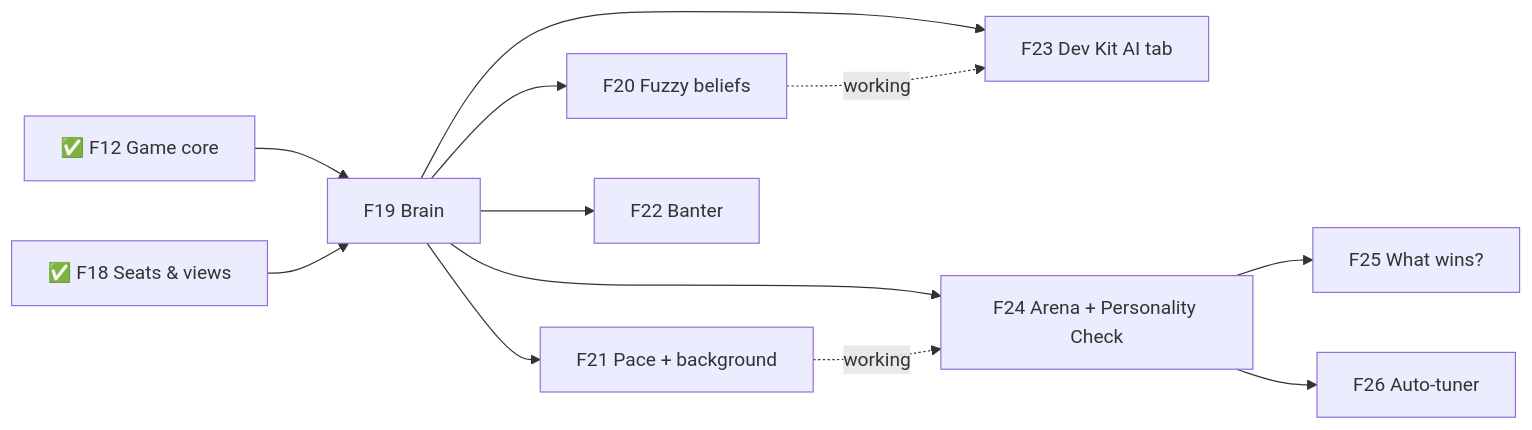
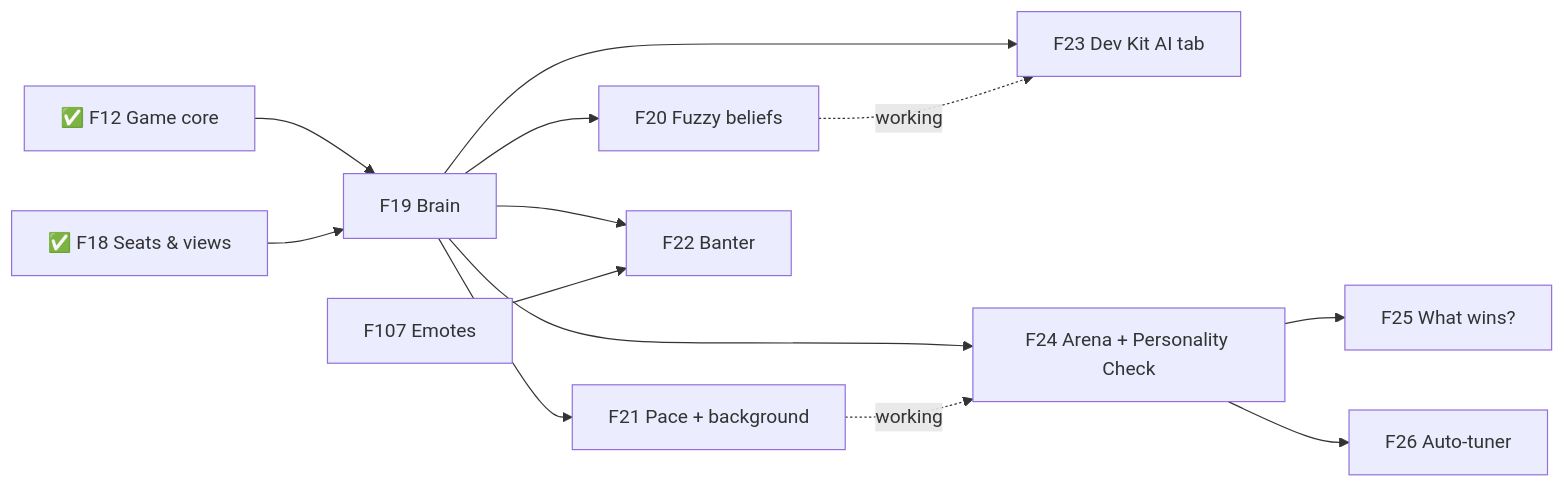
Before and after one commit to TheBlueMuzzy/framework: the fourth of 8 diagrams in .planning/ROADMAP.md, drawn with Mermaid. The commit also changed other lines of this file and 3 other files, not shown here.

````diff
--- a/.planning/ROADMAP.md
+++ b/.planning/ROADMAP.md
@@ -79,14 +80,15 @@
 ```mermaid
 flowchart LR
   F12[✅ F12 Game core] --> F19[F19 Brain]
   F18[✅ F18 Seats & views] --> F19
   F19 --> F20[F20 Fuzzy beliefs]
   F19 --> F21[F21 Pace + background]
   F19 --> F22[F22 Banter]
+  F107[F107 Emotes] --> F22
   F19 --> F23[F23 Dev Kit AI tab]
   F20 -.working.-> F23
   F19 --> F24[F24 Arena + Personality Check]
   F21 -.working.-> F24
   F24 --> F25[F25 What wins?]
   F24 --> F26[F26 Auto-tuner]
 ```
````
